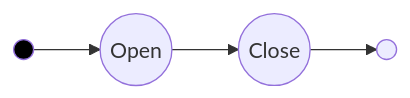
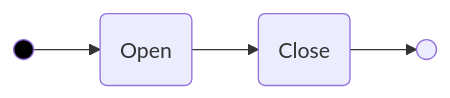
Before and after one commit to JianLoong/blog: the third of 3 diagrams in content/uml/introduction.md, drawn with Mermaid. The commit also changed other lines of this file and 2 other files, not shown here.

Commit message:
Updated state chart shapes

```diff
--- a/content/uml/introduction.md
+++ b/content/uml/introduction.md
@@ -139,14 +137,14 @@
 {{<mermaid align="center">}}
 
-graph LR
-S(( ))
-A((Open))
-B((Close))
-E(( ))
-S-->A
-A-->B
-B-->E
-style S fill:#000000
-class E cssClass
+    graph LR
+    S(( ))
+    A(Open)
+    B(Close)
+    E(( ))
+    S-->A
+    A-->B
+    B-->E
+    style S fill:#000000
+    class E cssClass
 
 {{< /mermaid >}}
```
